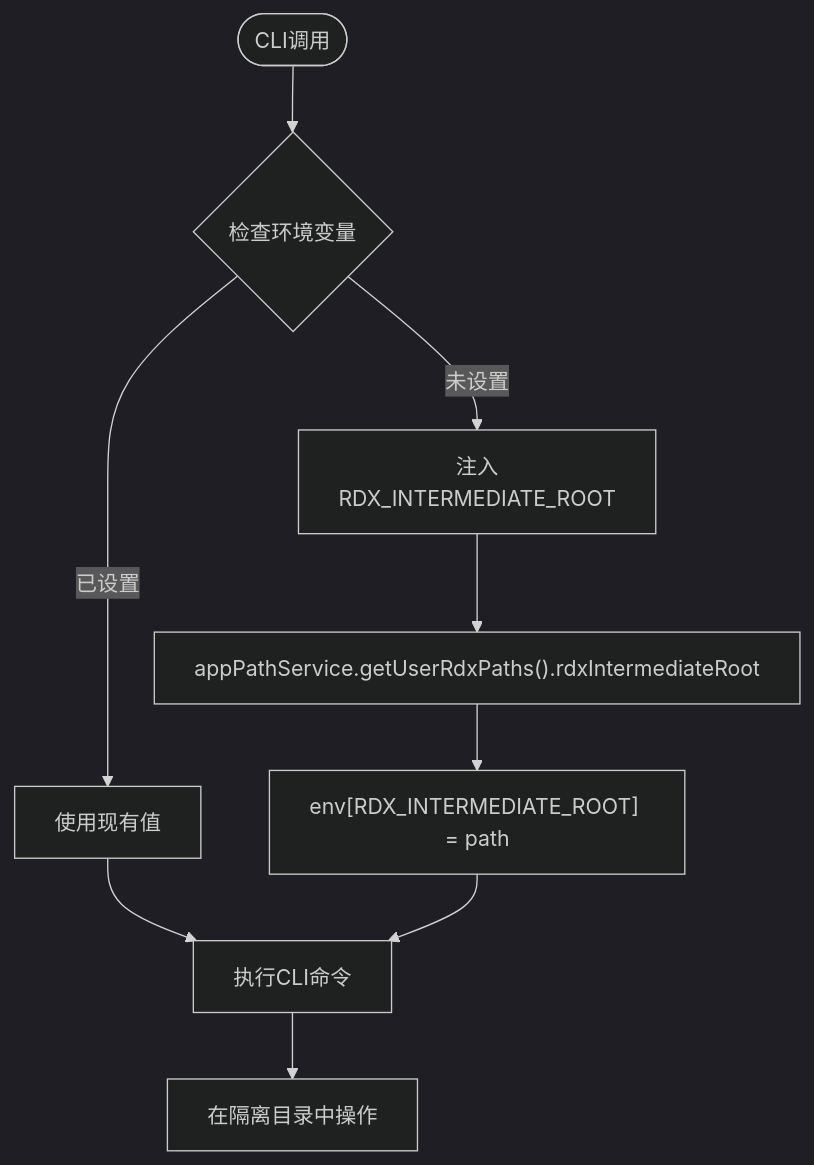
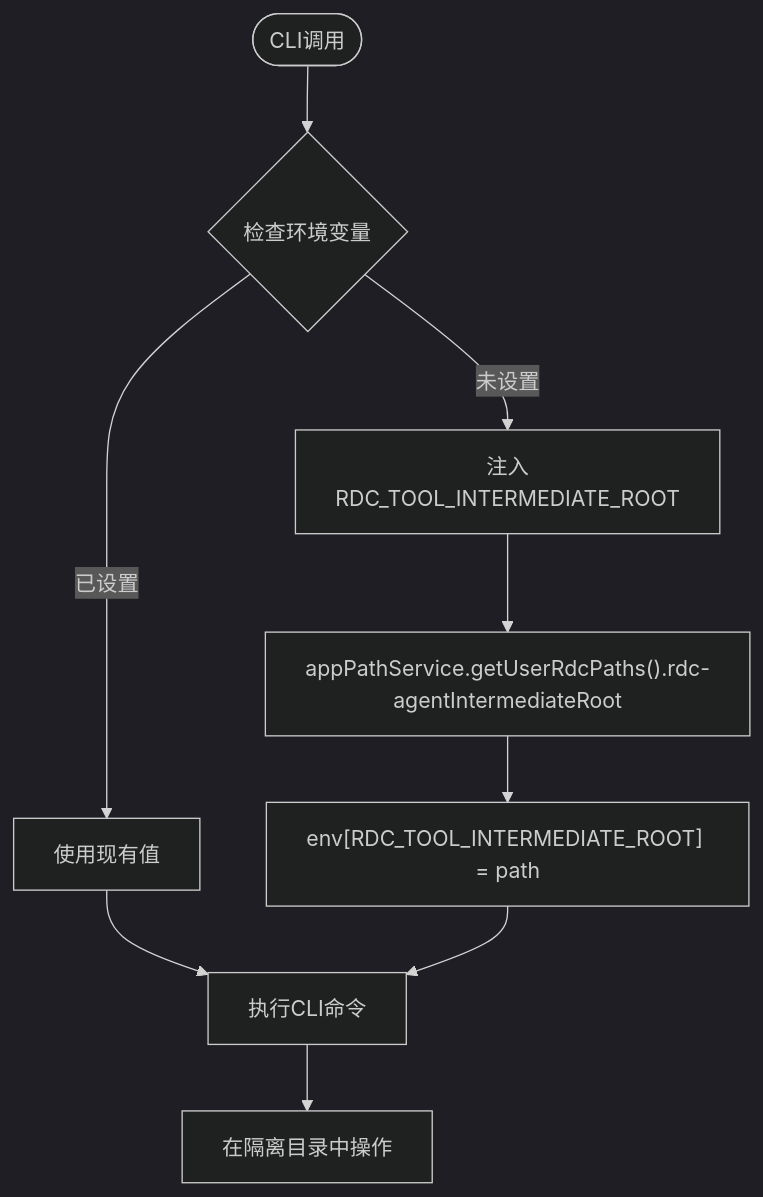
One commit to haolange/RDC-Agent changed the third of 9 diagrams in .qoder/repowiki/zh/content/用户界面/设置面板/运行时设置.md. Above: the diagram before and after it, drawn with Mermaid (dark theme). The commit also changed other lines of this file and 557 other files, not shown here.

First line of the commit message:
Unify RDC-Agent identity and canonical RDC-Tool integration

````diff
--- a/.qoder/repowiki/zh/content/用户界面/设置面板/运行时设置.md
+++ b/.qoder/repowiki/zh/content/用户界面/设置面板/运行时设置.md
@@ -175,11 +175,11 @@
 ```mermaid
 flowchart TD
 Start(["CLI调用"]) --> Check{"检查环境变量"}
-Check --> |未设置| Inject["注入RDX_INTERMEDIATE_ROOT"]
+Check --> |未设置| Inject["注入RDC_TOOL_INTERMEDIATE_ROOT"]
 Check --> |已设置| UseExisting["使用现有值"]
-Inject --> GetPath["appPathService.getUserRdxPaths().rdxIntermediateRoot"]
-GetPath --> SetEnv["env[RDX_INTERMEDIATE_ROOT] = path"]
+Inject --> GetPath["appPathService.getUserRdcPaths().rdc-agentIntermediateRoot"]
+GetPath --> SetEnv["env[RDC_TOOL_INTERMEDIATE_ROOT] = path"]
 UseExisting --> Execute["执行CLI命令"]
 SetEnv --> Execute
 Execute --> Isolated["在隔离目录中操作"]
 ```
````
